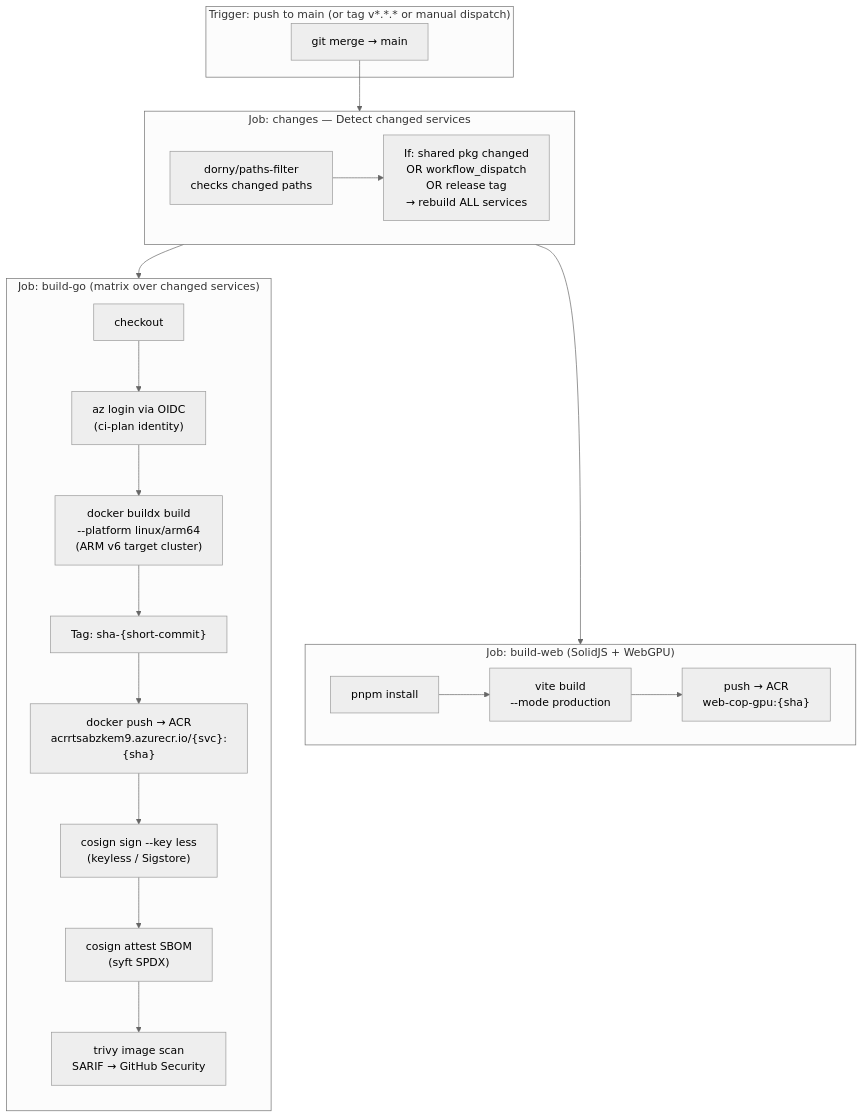
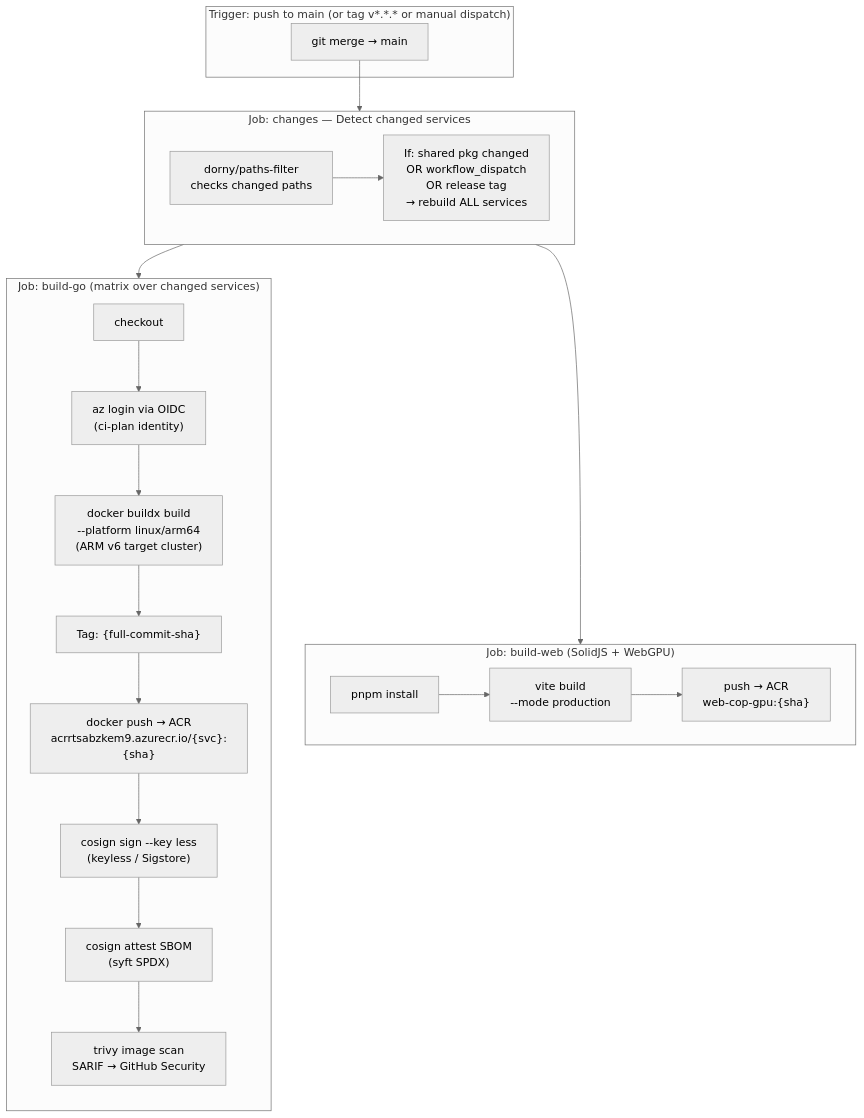
Before and after one commit to arvinddhasmana/rtsa_webgpu: diagram 13 of 21 in docs/deployment/azure/10-getting-started-guide.md, drawn with Mermaid (neutral theme). The commit also changed other lines of this file and 44 other files, not shown here.

````diff
--- a/docs/deployment/azure/10-getting-started-guide.md
+++ b/docs/deployment/azure/10-getting-started-guide.md
@@ -773,35 +773,35 @@
 ```mermaid
 flowchart TB
     subgraph TRIGGER["Trigger: push to main (or tag v*.*.*  or manual dispatch)"]
         PUSH["git merge → main"]
     end
 
     subgraph DETECT["Job: changes — Detect changed services"]
         FILTER["dorny/paths-filter\nchecks changed paths"]
         FORCE["If: shared pkg changed\n  OR workflow_dispatch\n  OR release tag\n→ rebuild ALL services"]
         FILTER --> FORCE
     end
 
     subgraph BUILD["Job: build-go (matrix over changed services)"]
         direction TB
         CHECKOUT["checkout"]
         OIDC_ACR["az login via OIDC\n(ci-plan identity)"]
         DOCKER["docker buildx build\n--platform linux/arm64\n(ARM v6 target cluster)"]
-        TAG["Tag: sha-{short-commit}"]
+        TAG["Tag: {full-commit-sha}"]
         PUSH_IMG["docker push → ACR\nacrrtsabzkem9.azurecr.io/{svc}:{sha}"]
         SIGN["cosign sign --key less\n(keyless / Sigstore)"]
         SBOM["cosign attest SBOM\n(syft SPDX)"]
         TRIVY["trivy image scan\nSARIF → GitHub Security"]
         CHECKOUT --> OIDC_ACR --> DOCKER --> TAG --> PUSH_IMG --> SIGN --> SBOM --> TRIVY
     end
 
     subgraph BUILDWEB["Job: build-web (SolidJS + WebGPU)"]
         PNPM["pnpm install"]
         VITE["vite build\n--mode production"]
         PUSHW["push → ACR\nweb-cop-gpu:{sha}"]
         PNPM --> VITE --> PUSHW
     end
 
     PUSH --> DETECT --> BUILD
     DETECT --> BUILDWEB
 ```
````
